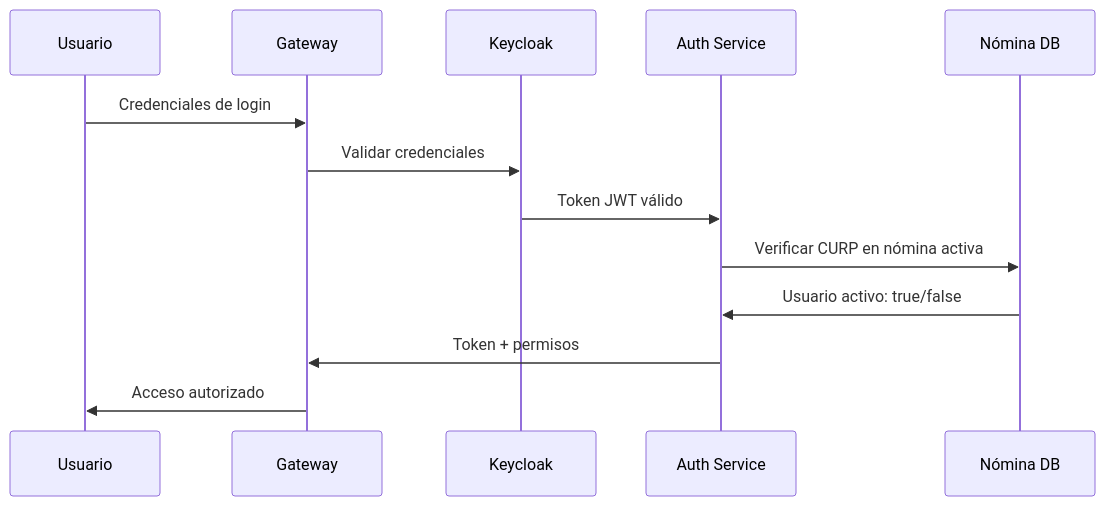
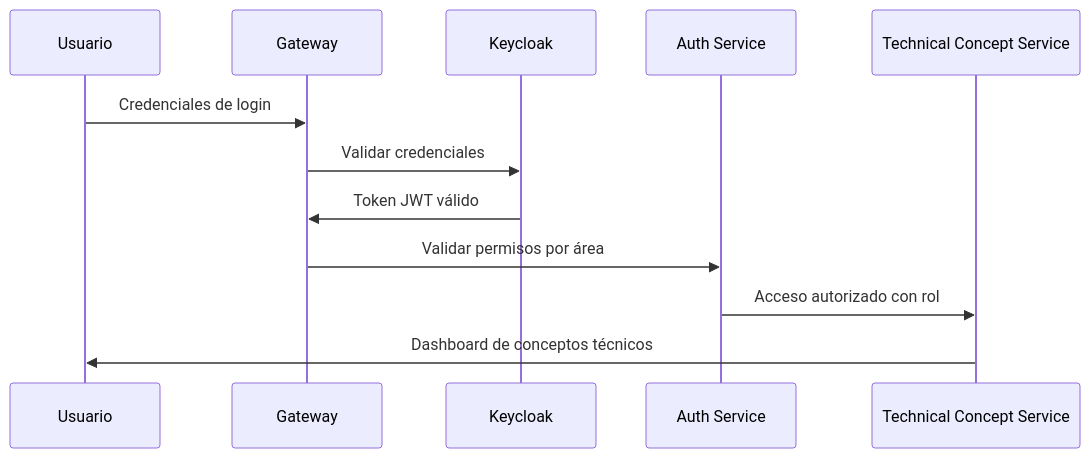
The first of 2 diagrams in README.md (juanros13/catalogo-conceptos), drawn with Mermaid before and after one commit. The commit also changed other lines of this file, not shown here.

First line of the commit message:
Update README: Transform from access system to CUBS technical concepts catalog

````diff
--- a/README.md
+++ b/README.md
@@ -45,16 +43,15 @@
 ```mermaid
 sequenceDiagram
     participant U as Usuario
     participant G as Gateway
     participant K as Keycloak
     participant A as Auth Service
-    participant N as Nómina DB
+    participant T as Technical Concept Service
     
     U->>G: Credenciales de login
     G->>K: Validar credenciales
-    K->>A: Token JWT válido
-    A->>N: Verificar CURP en nómina activa
-    N->>A: Usuario activo: true/false
-    A->>G: Token + permisos
-    G->>U: Acceso autorizado
+    K->>G: Token JWT válido
+    G->>A: Validar permisos por área
+    A->>T: Acceso autorizado con rol
+    T->>U: Dashboard de conceptos técnicos
 ```
````
